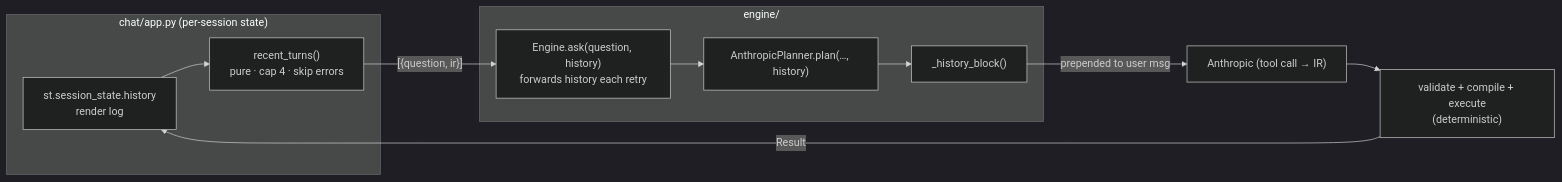
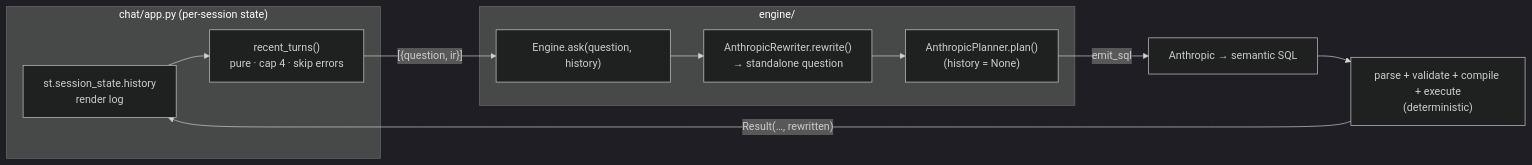
One commit to rhuanca/example-text2sql changed the second of 2 diagrams in docs/conversation-memory.md. Above: the diagram before and after it, drawn with Mermaid (dark theme). The commit also changed other lines of this file, not shown here.

First line of the commit message:
docs(memory): show the rewrite step in the diagrams

````diff
--- a/docs/conversation-memory.md
+++ b/docs/conversation-memory.md
@@ -116,18 +119,18 @@
 ```mermaid
 flowchart LR
     subgraph UI["chat/app.py  (per-session state)"]
         H["st.session_state.history<br/>render log"]
         RT["recent_turns()<br/>pure · cap 4 · skip errors"]
         H --> RT
     end
     subgraph ENG["engine/"]
-        A["Engine.ask(question, history)<br/>forwards history each retry"]
-        P["AnthropicPlanner.plan(…, history)"]
-        HB["_history_block()"]
-        A --> P --> HB
+        A["Engine.ask(question, history)"]
+        RW["AnthropicRewriter.rewrite()<br/>→ standalone question"]
+        P["AnthropicPlanner.plan()<br/>(history = None)"]
+        A --> RW --> P
     end
     RT -- "[{question, ir}]" --> A
-    HB -- "prepended to user msg" --> LLM["Anthropic (tool call → IR)"]
-    LLM --> CMP["validate + compile + execute<br/>(deterministic)"]
-    CMP -- Result --> H
+    P -- "emit_sql" --> LLM["Anthropic → semantic SQL"]
+    LLM --> CMP["parse + validate + compile + execute<br/>(deterministic)"]
+    CMP -- "Result(…, rewritten)" --> H
 ```
````
